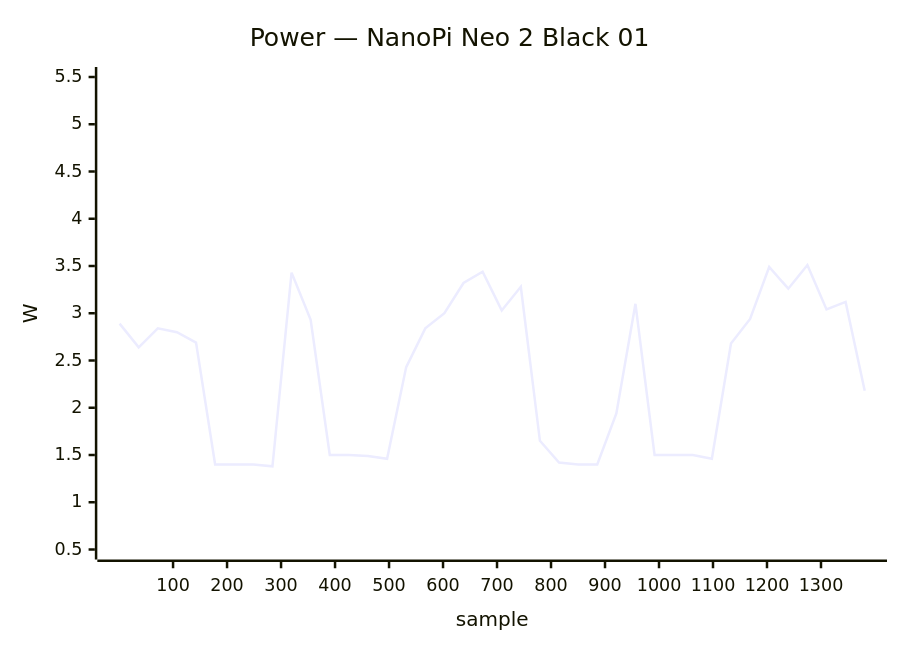
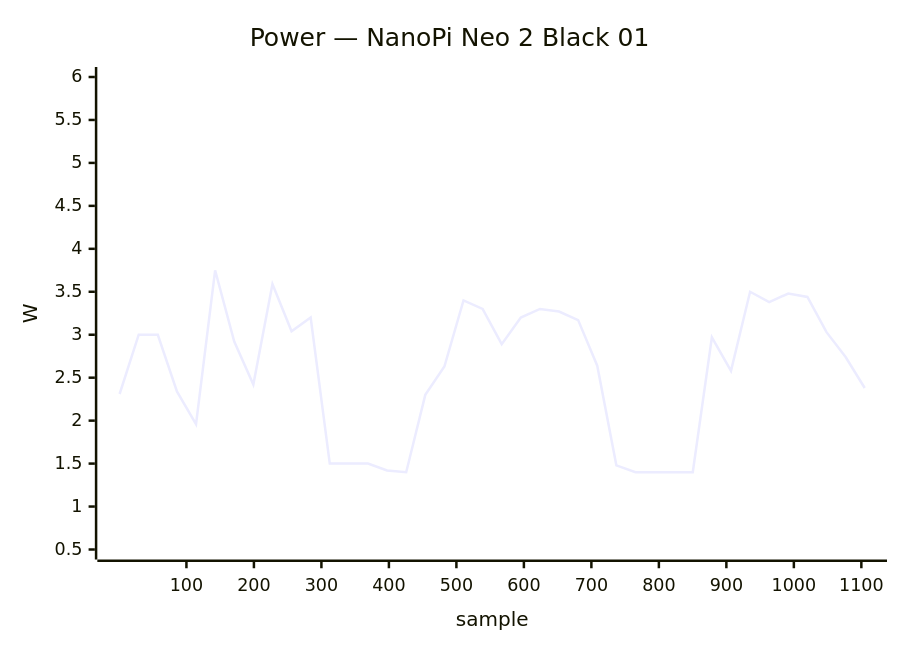
Diagram 19 of 35 in docs/status/board-tests.md (armbian/documentation), drawn with Mermaid before and after one commit. The commit also changed other lines of this file, not shown here.

````diff
--- a/docs/status/board-tests.md
+++ b/docs/status/board-tests.md
@@ -924,7 +948,7 @@
 ```mermaid
 xychart-beta
     title "Power — NanoPi Neo 2 Black 01"
-    x-axis "sample" 1 --> 1381
-    y-axis "W" 0.5 --> 5.5
-    line [2.89, 2.64, 2.84, 2.80, 2.69, 1.40, 1.40, 1.40, 1.38, 3.43, 2.93, 1.50, 1.50, 1.49, 1.46, 2.43, 2.84, 3.00, 3.32, 3.44, 3.03, 3.28, 1.65, 1.42, 1.40, 1.40, 1.94, 3.10, 1.50, 1.50, 1.50, 1.46, 2.68, 2.94, 3.49, 3.26, 3.51, 3.04, 3.12, 2.18]
+    x-axis "sample" 1 --> 1105
+    y-axis "W" 0.5 --> 6.0
+    line [2.31, 3.00, 3.00, 2.34, 1.96, 3.75, 2.92, 2.42, 3.59, 3.04, 3.20, 1.50, 1.50, 1.50, 1.42, 1.40, 2.30, 2.63, 3.40, 3.30, 2.89, 3.20, 3.30, 3.27, 3.17, 2.64, 1.48, 1.40, 1.40, 1.40, 1.40, 2.97, 2.58, 3.50, 3.38, 3.48, 3.44, 3.03, 2.74, 2.38]
 ```
````
